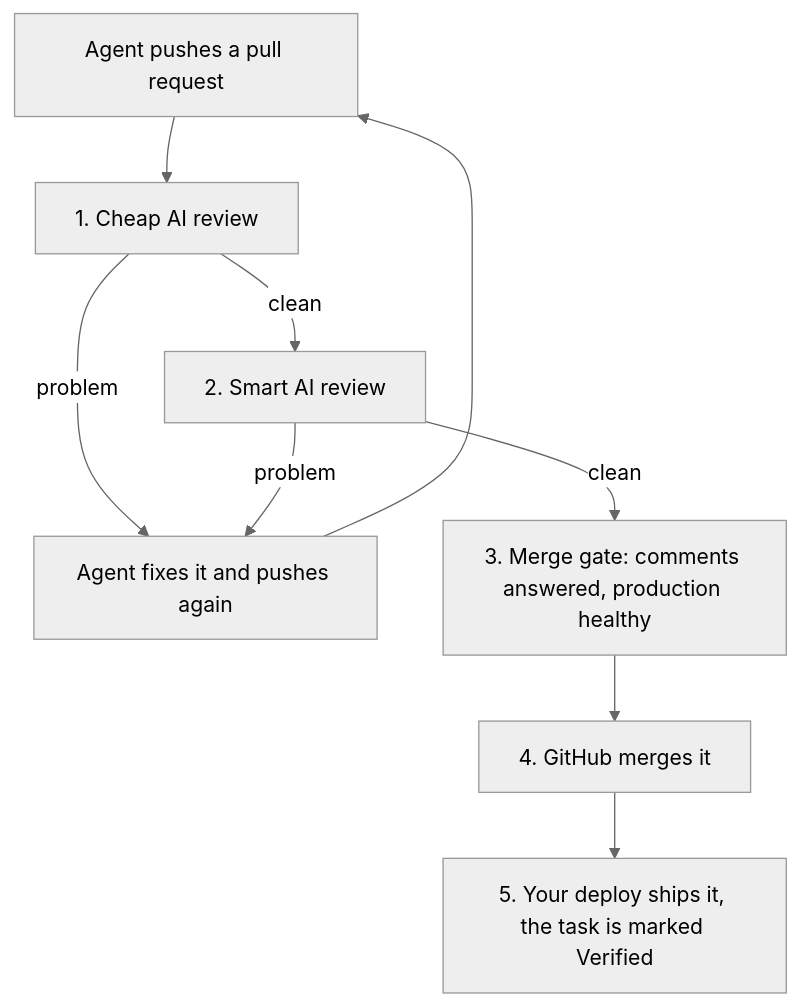
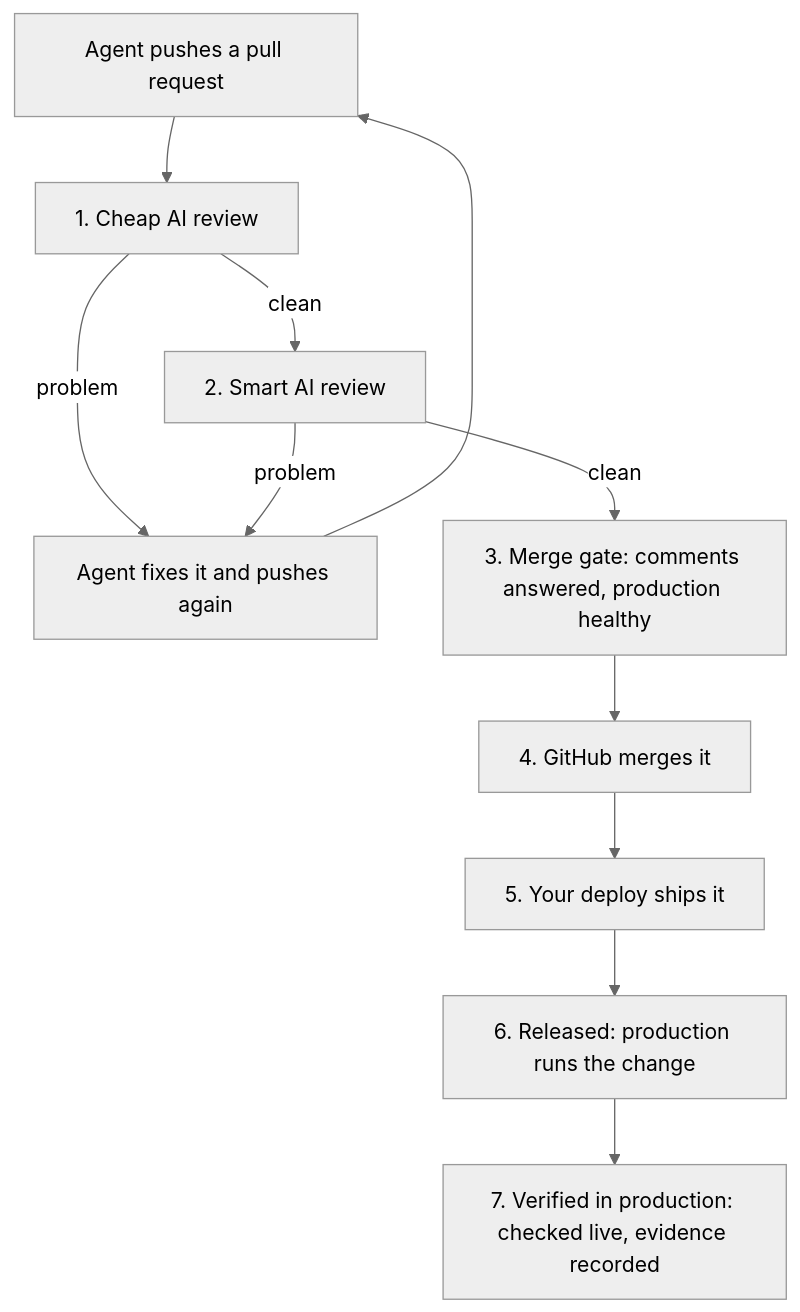
Before and after one commit to nick-the-dev/gh-sheriff: the diagram in README.md, drawn with Mermaid (neutral theme). The commit also changed other lines of this file, not shown here.

Commit message:
docs: deploy, release and production verification as their own steps

````diff
--- a/README.md
+++ b/README.md
@@ -58,11 +58,13 @@
 ```mermaid
 flowchart TD
     A["Agent pushes a pull request"] --> B["1. Cheap AI review"]
     B -->|clean| C["2. Smart AI review"]
     B -->|problem| X["Agent fixes it and pushes again"]
     C -->|problem| X
     X --> A
     C -->|clean| D["3. Merge gate: comments answered, production healthy"]
     D --> E["4. GitHub merges it"]
-    E --> F["5. Your deploy ships it, the task is marked Verified"]
+    E --> F["5. Your deploy ships it"]
+    F --> G["6. Released: production runs the change"]
+    G --> H["7. Verified in production: checked live, evidence recorded"]
 ```
````
